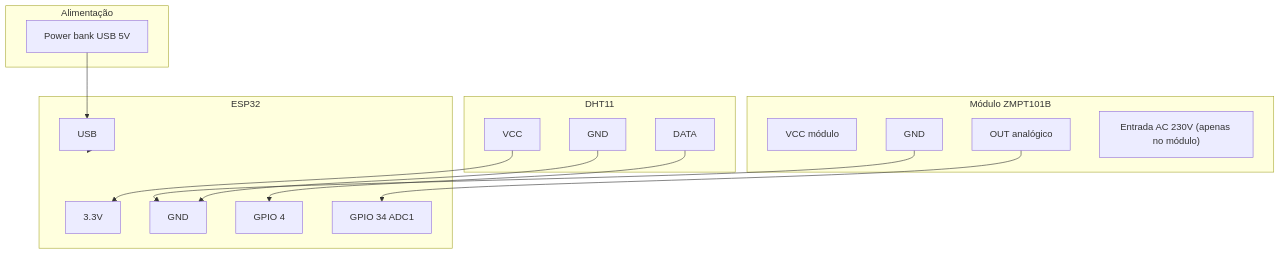
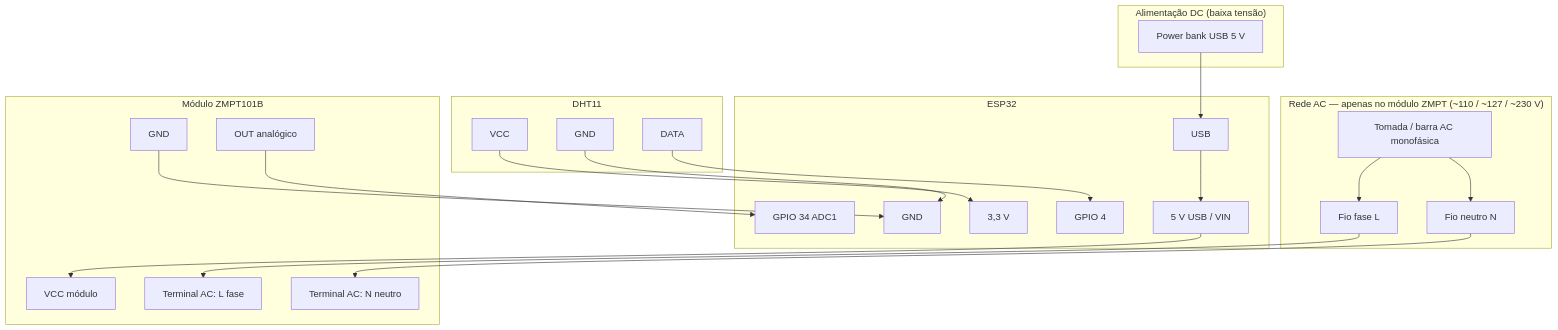
The diagram in README.md (samuelteodoroferreira/HomeSense), drawn with Mermaid before and after one commit. The commit also changed other lines of this file and 3 other files, not shown here.

Commit message:
Diagrama: fios AC L/N no ZMPT e script para regenerar PNG

````diff
--- a/README.md
+++ b/README.md
@@ -82,31 +89,43 @@
 ```mermaid
 flowchart TB
-    subgraph alim["Alimentação"]
-        PB["Power bank USB 5V"]
+    subgraph alim["Alimentação DC (baixa tensão)"]
+        PB["Power bank USB 5 V"]
+    end
+    subgraph rede_ac["Rede AC — apenas no módulo ZMPT (~110 / ~127 / ~230 V)"]
+        TOM["Tomada / barra AC monofásica"]
+        FL["Fio fase L"]
+        FN["Fio neutro N"]
     end
     subgraph esp["ESP32"]
-        V33["3.3V"]
+        V33["3,3 V"]
+        V5["5 V USB / VIN"]
         G1["GND"]
         IO4["GPIO 4"]
         IO34["GPIO 34 ADC1"]
         USB["USB"]
     end
     subgraph dht["DHT11"]
         DV["VCC"]
         DG["GND"]
         DD["DATA"]
     end
     subgraph zmpt["Módulo ZMPT101B"]
+        ZL["Terminal AC: L fase"]
+        ZN["Terminal AC: N neutro"]
         ZV["VCC módulo"]
         ZG["GND"]
         ZO["OUT analógico"]
-        ZAC["Entrada AC 230V (apenas no módulo)"]
     end
+    TOM --> FL
+    TOM --> FN
+    FL --> ZL
+    FN --> ZN
     PB --> USB
-    USB --> esp
+    USB --> V5
+    V5 --> ZV
     DV --> V33
     DG --> G1
     DD --> IO4
     ZG --> G1
     ZO --> IO34
 ```
````
